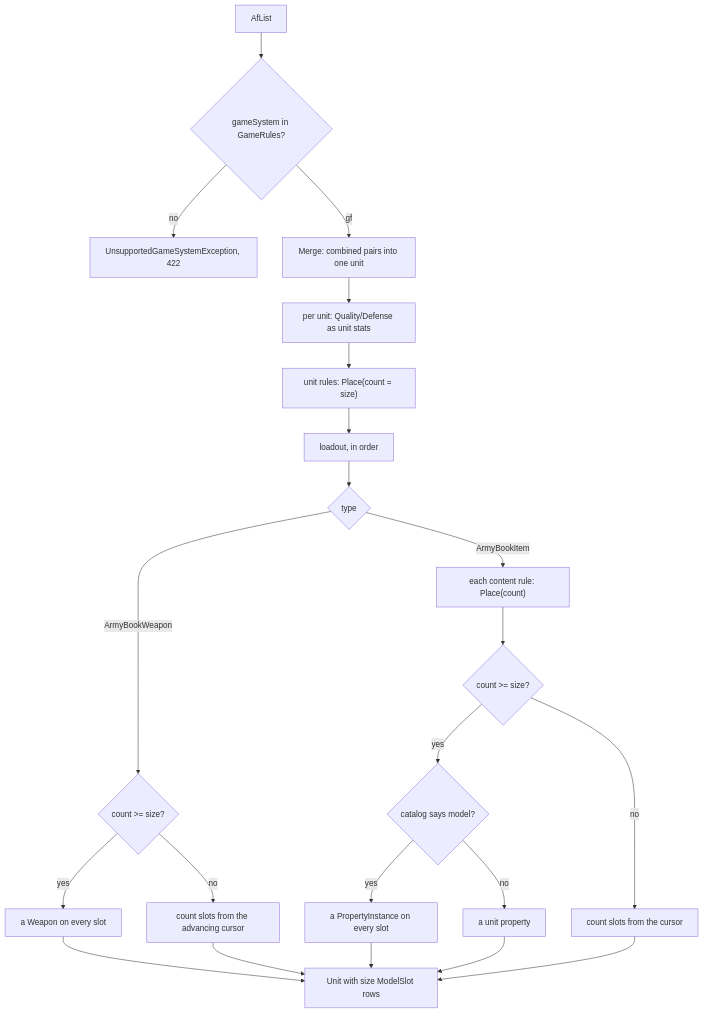
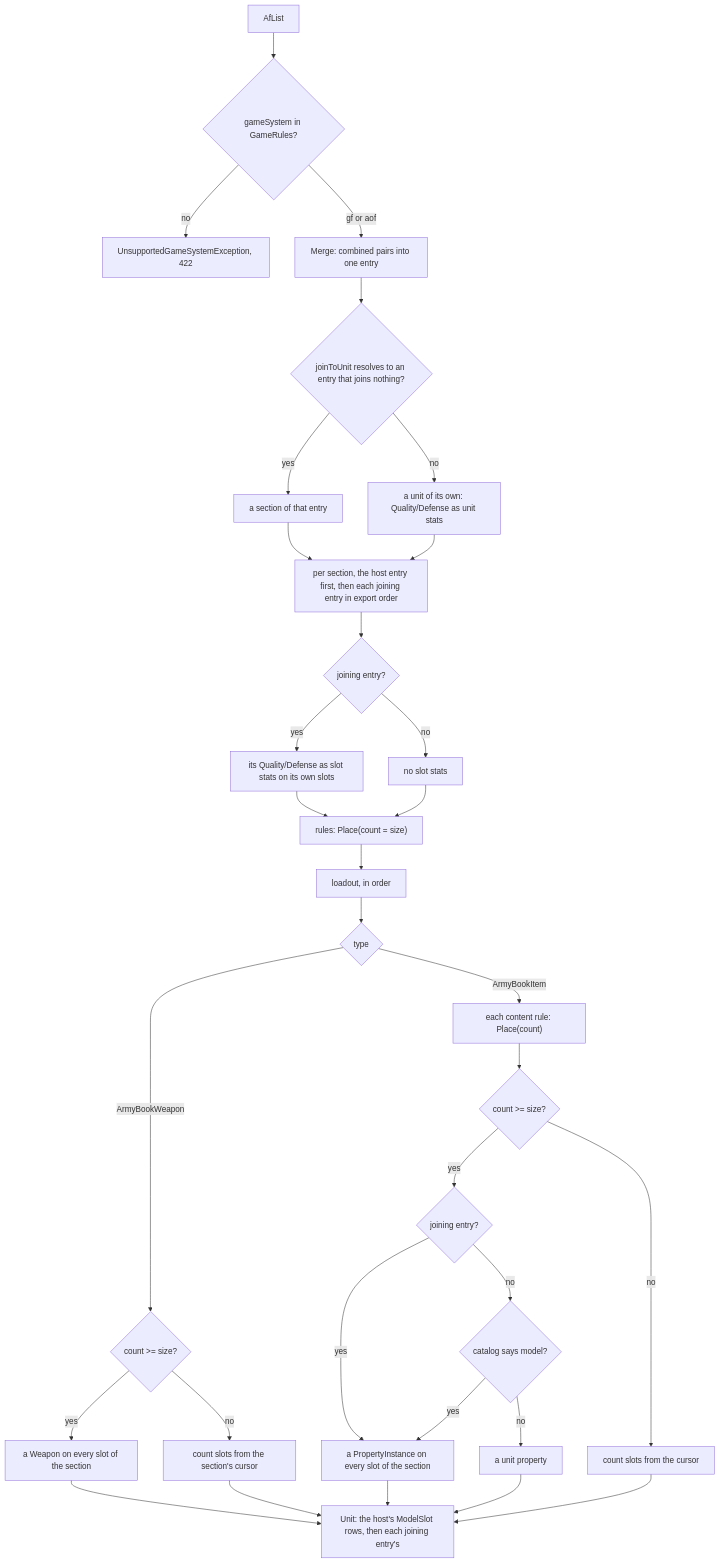
The fifth of 12 diagrams in docs/design/management-api/design.md (cstupi/tabletop), drawn with Mermaid before and after one commit. The commit also changed other lines of this file and 25 other files, not shown here.

````diff
--- a/docs/design/management-api/design.md
+++ b/docs/design/management-api/design.md
@@ -581,24 +585,34 @@
 ```mermaid
 flowchart TD
     l["AfList"] --> gs{"gameSystem in GameRules?"}
     gs -->|no| ex["UnsupportedGameSystemException, 422"]
-    gs -->|"gf"| mg["Merge: combined pairs into one unit"]
-    mg --> u["per unit: Quality/Defense as unit stats"]
-    u --> rules["unit rules: Place(count = size)"]
+    gs -->|"gf or aof"| mg["Merge: combined pairs into one entry"]
+    mg --> jn{"joinToUnit resolves to an entry that joins nothing?"}
+    jn -->|yes| jsec["a section of that entry"]
+    jn -->|no| host["a unit of its own: Quality/Defense as unit stats"]
+    jsec --> sec["per section, the host entry first, then each joining entry in export order"]
+    host --> sec
+    sec --> jst{"joining entry?"}
+    jst -->|yes| ss["its Quality/Defense as slot stats on its own slots"]
+    jst -->|no| ns["no slot stats"]
+    ss --> rules["rules: Place(count = size)"]
+    ns --> rules
     rules --> lo["loadout, in order"]
     lo --> w{"type"}
     w -->|ArmyBookWeapon| wc{"count >= size?"}
-    wc -->|yes| all["a Weapon on every slot"]
-    wc -->|no| cur["count slots from the advancing cursor"]
+    wc -->|yes| all["a Weapon on every slot of the section"]
+    wc -->|no| cur["count slots from the section's cursor"]
     w -->|ArmyBookItem| ic["each content rule: Place(count)"]
     ic --> lvl{"count >= size?"}
-    lvl -->|yes| cat{"catalog says model?"}
-    cat -->|yes| every["a PropertyInstance on every slot"]
+    lvl -->|yes| jlv{"joining entry?"}
+    jlv -->|yes| every["a PropertyInstance on every slot of the section"]
+    jlv -->|no| cat{"catalog says model?"}
+    cat -->|yes| every
     cat -->|no| unit["a unit property"]
     lvl -->|no| slots["count slots from the cursor"]
-    all --> out["Unit with size ModelSlot rows"]
+    all --> out["Unit: the host's ModelSlot rows, then each joining entry's"]
     cur --> out
     every --> out
     unit --> out
     slots --> out
 ```
````
